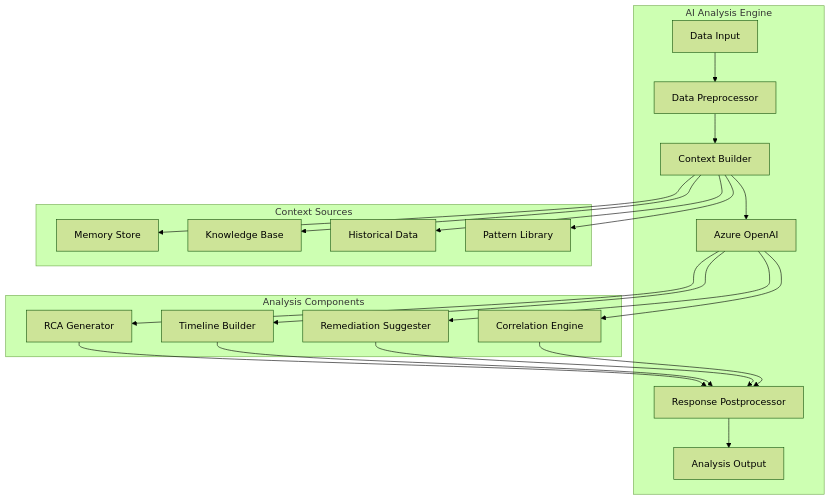
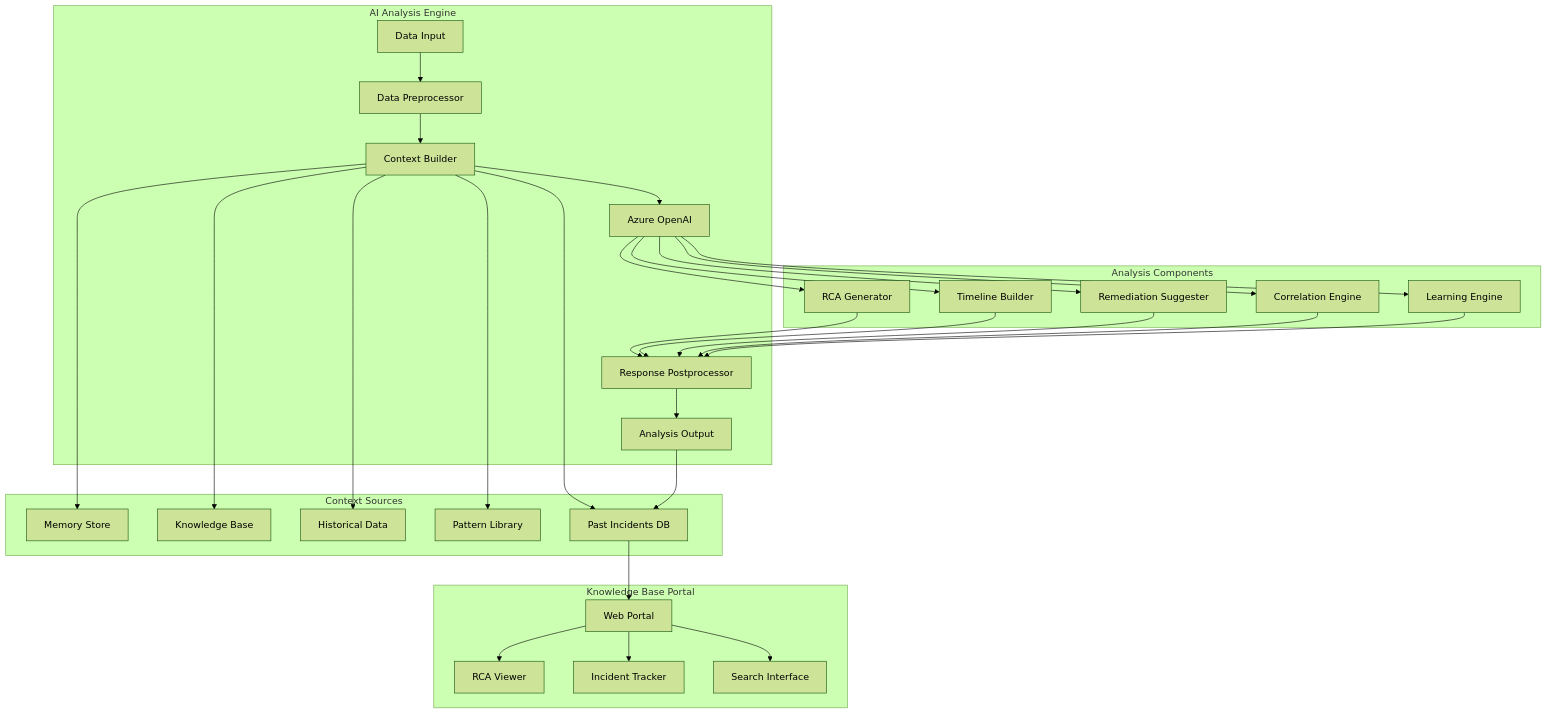
The fifth of 18 diagrams in docs/03-architecture-diagrams.md (Sasai-Fintech/sre-agent-service), drawn with Mermaid (forest theme) before and after one commit. The commit also changed 9 other files, not shown here.

````diff
--- a/docs/03-architecture-diagrams.md
+++ b/docs/03-architecture-diagrams.md
@@ -185,45 +185,62 @@
 ```mermaid
 graph TD
     subgraph "AI Analysis Engine"
         INPUT[Data Input]
         PREPROCESSOR[Data Preprocessor]
         CONTEXT[Context Builder]
         LLM[Azure OpenAI]
         POSTPROCESSOR[Response Postprocessor]
         OUTPUT[Analysis Output]
     end
     
     subgraph "Context Sources"
         MEMORY[Memory Store]
         KNOWLEDGE[Knowledge Base]
         HISTORY[Historical Data]
         PATTERNS[Pattern Library]
+        INCIDENTS[Past Incidents DB]
     end
     
     subgraph "Analysis Components"
         RCA[RCA Generator]
         TIMELINE[Timeline Builder]
         REMEDIATION[Remediation Suggester]
         CORRELATION[Correlation Engine]
+        LEARNING[Learning Engine]
+    end
+    
+    subgraph "Knowledge Base Portal"
+        WEB_PORTAL[Web Portal]
+        RCA_VIEWER[RCA Viewer]
+        INCIDENT_TRACKER[Incident Tracker]
+        SEARCH[Search Interface]
     end
     
     INPUT --> PREPROCESSOR
     PREPROCESSOR --> CONTEXT
     CONTEXT --> MEMORY
     CONTEXT --> KNOWLEDGE
     CONTEXT --> HISTORY
     CONTEXT --> PATTERNS
+    CONTEXT --> INCIDENTS
     
     CONTEXT --> LLM
     LLM --> RCA
     LLM --> TIMELINE
     LLM --> REMEDIATION
     LLM --> CORRELATION
+    LLM --> LEARNING
     
     RCA --> POSTPROCESSOR
     TIMELINE --> POSTPROCESSOR
     REMEDIATION --> POSTPROCESSOR
     CORRELATION --> POSTPROCESSOR
+    LEARNING --> POSTPROCESSOR
     
     POSTPROCESSOR --> OUTPUT
+    OUTPUT --> INCIDENTS
+    INCIDENTS --> WEB_PORTAL
+    WEB_PORTAL --> RCA_VIEWER
+    WEB_PORTAL --> INCIDENT_TRACKER
+    WEB_PORTAL --> SEARCH
 ```
````
